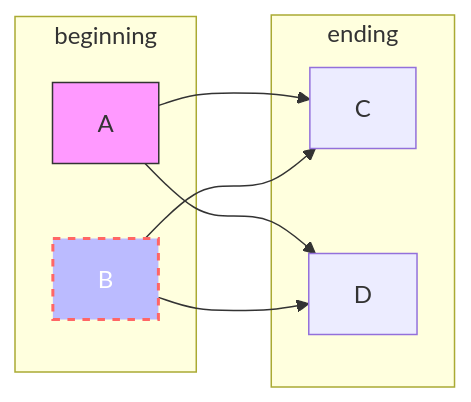
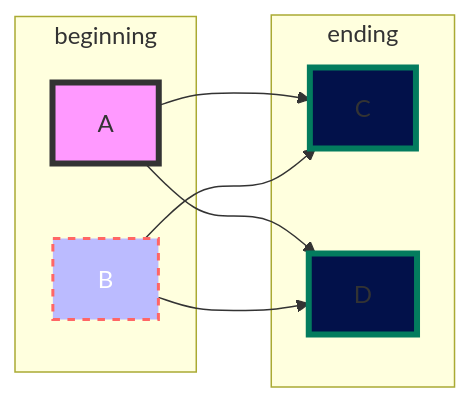
One commit to johnzastrow/choreme changed diagram 11 of 19 in mermaid.md. Above: the diagram before and after it, drawn with Mermaid. The commit also changed other lines of this file, not shown here.

````diff
--- a/mermaid.md
+++ b/mermaid.md
@@ -142,15 +223,16 @@
   ```mermaid
-graph LR
+   graph LR
 
-A & B--> C & D
-style A fill:#f9f,stroke:#333,stroke-width:px
-style B fill:#bbf,stroke:#f66,stroke-width:2px,color:#fff,stroke-dasharray: 5 5
+    A & B--> C & D
+    classDef default fill:#02114a,stroke:#037c5e,stroke-width:4px;
+    style A fill:#f9f,stroke:#333,stroke-width:px
+    style B fill:#bbf,stroke:#f66,stroke-width:2px,color:#fff,stroke-dasharray: 5 5
 
-subgraph beginning
-A & B
-end
+        subgraph beginning
+        A & B
+        end
 
-subgraph ending
-C & D
-end
+        subgraph ending
+        C & D
+        end
 ```
````
